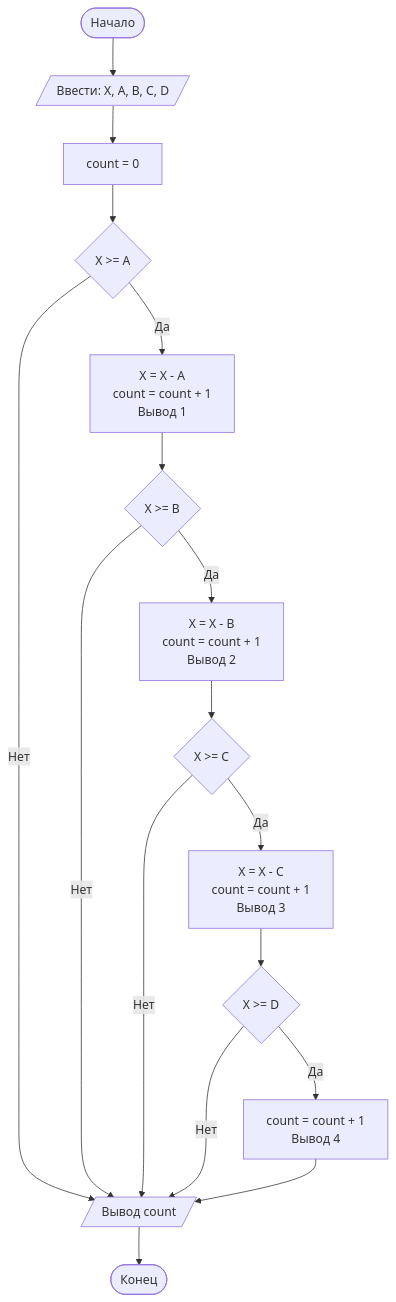
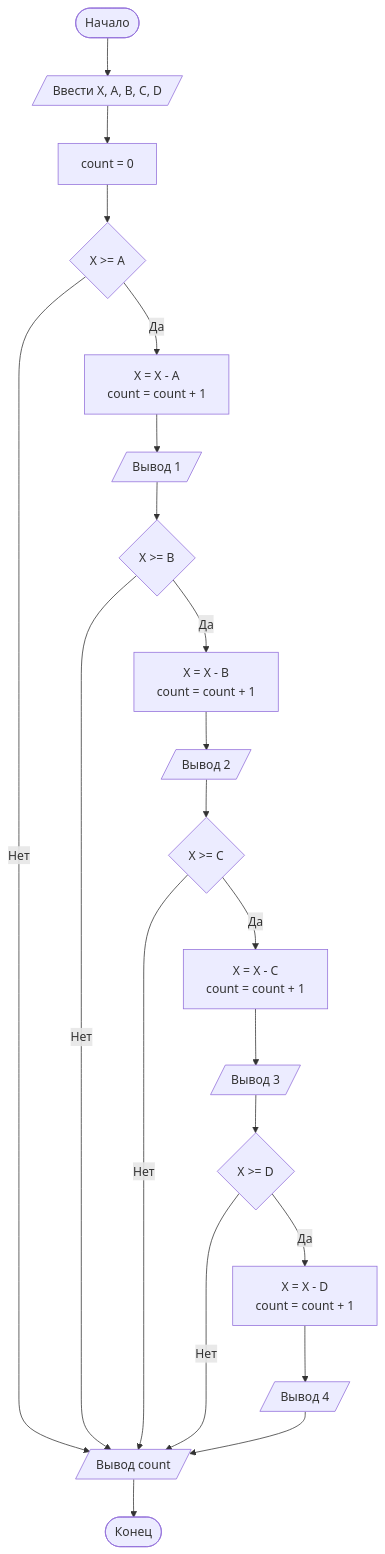
Before and after one commit to polina450/lab1: the diagram in README.md, drawn with Mermaid. The commit also changed other lines of this file, not shown here.

````diff
--- a/README.md
+++ b/README.md
@@ -111,25 +111,29 @@
 ```mermaid
 graph TD
-    A([Начало]) --> B[/Ввести: X, A, B, C, D/]
+    A([Начало]) --> B[/Ввести X, A, B, C, D/]
     B --> C[count = 0]
     C --> D{X >= A}
 
     D -- Нет --> Z[/Вывод count/]
-    D -- Да --> E[X = X - A<br/>count = count + 1<br/>Вывод 1]
+    D -- Да --> E[X = X - A<br/>count = count + 1]
+    E --> E1[/Вывод 1/]
 
-    E --> F{X >= B}
+    E1 --> F{X >= B}
     F -- Нет --> Z
-    F -- Да --> G[X = X - B<br/>count = count + 1<br/>Вывод 2]
+    F -- Да --> G[X = X - B<br/>count = count + 1]
+    G --> G1[/Вывод 2/]
 
-    G --> H{X >= C}
+    G1 --> H{X >= C}
     H -- Нет --> Z
-    H -- Да --> I[X = X - C<br/>count = count + 1<br/>Вывод 3]
+    H -- Да --> I[X = X - C<br/>count = count + 1]
+    I --> I1[/Вывод 3/]
 
-    I --> J{X >= D}
+    I1 --> J{X >= D}
     J -- Нет --> Z
-    J -- Да --> K[count = count + 1<br/>Вывод 4]
+    J -- Да --> K[X = X - D<br/>count = count + 1]
+    K --> K1[/Вывод 4/]
 
-    K --> Z[/Вывод count/]
+    K1 --> Z
     Z --> L([Конец])
 
 ```
````
